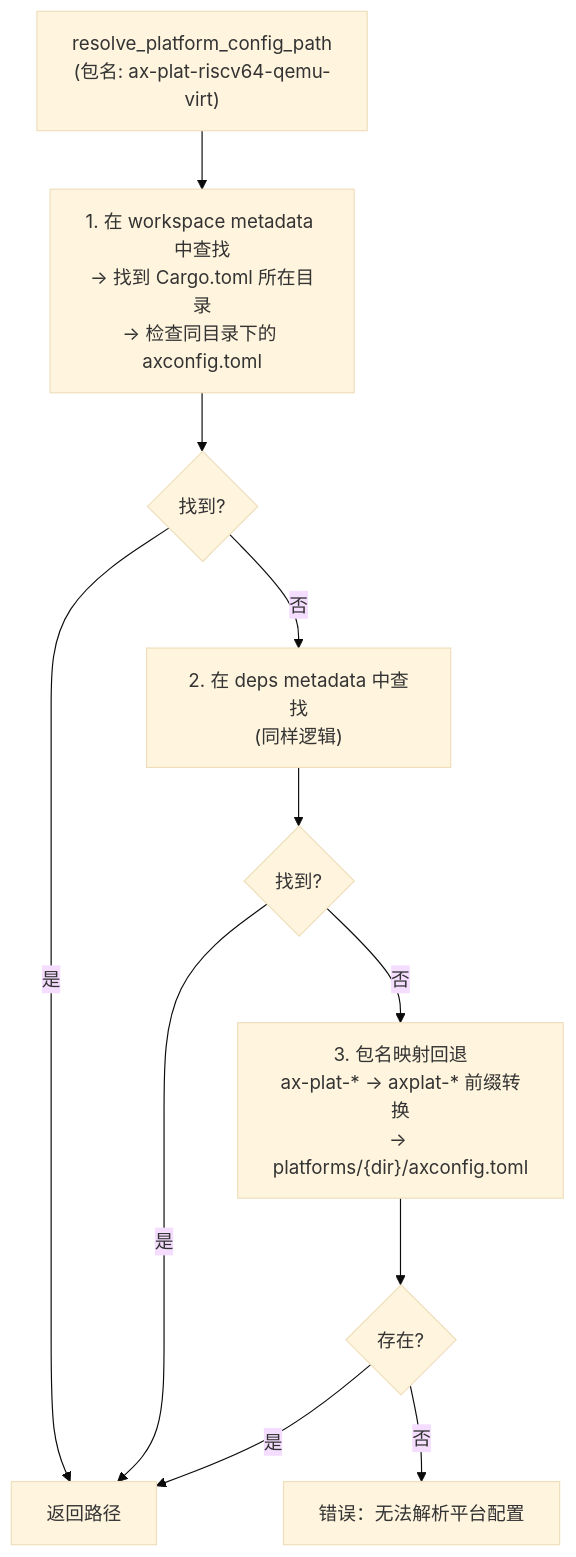
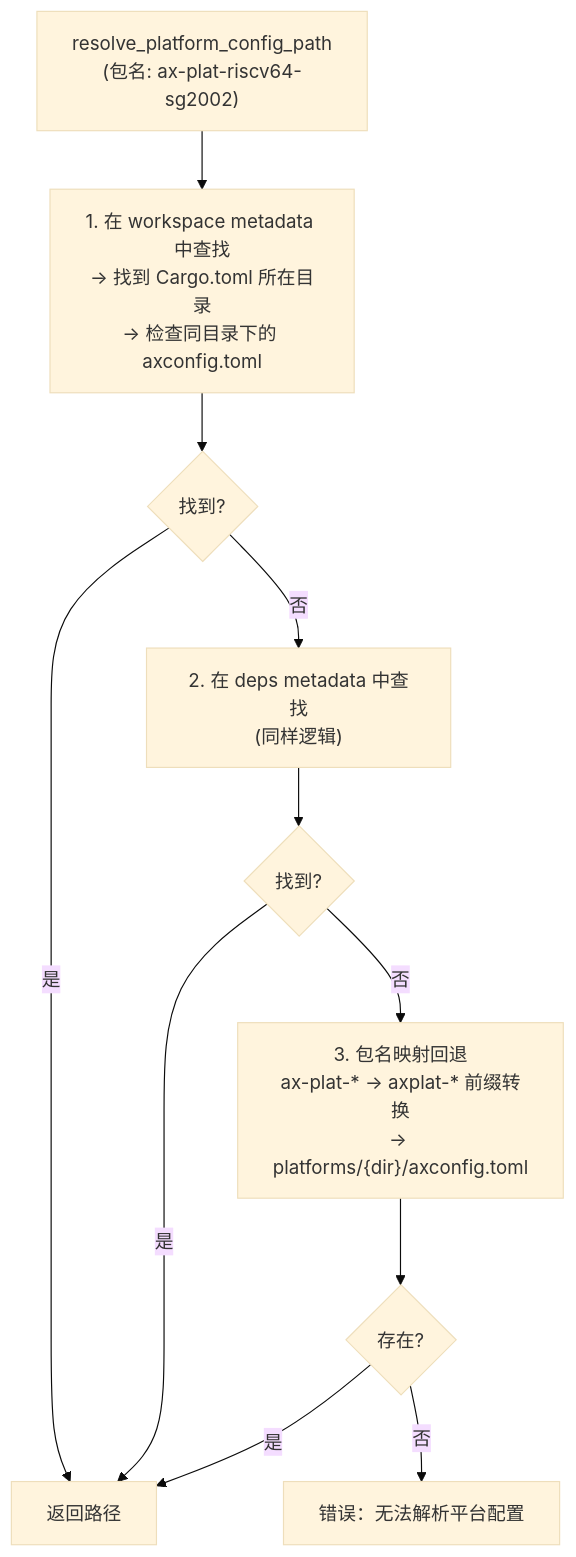
The seventh of 8 diagrams in docs/docs/build/build.md (rcore-os/tgoskits), drawn with Mermaid (base theme) before and after one commit. The commit also changed other lines of this file and 85 other files, not shown here.

Commit message:
chore(platform): remove static riscv64 qemu virt

````diff
--- a/docs/docs/build/build.md
+++ b/docs/docs/build/build.md
@@ -226,13 +225,13 @@
 ```mermaid
 flowchart TD
-    A["resolve_platform_config_path<br/>(包名: ax-plat-riscv64-qemu-virt)"] --> B["1. 在 workspace metadata 中查找<br/>→ 找到 Cargo.toml 所在目录<br/>→ 检查同目录下的 axconfig.toml"]
+    A["resolve_platform_config_path<br/>(包名: ax-plat-riscv64-sg2002)"] --> B["1. 在 workspace metadata 中查找<br/>→ 找到 Cargo.toml 所在目录<br/>→ 检查同目录下的 axconfig.toml"]
     B --> C{找到?}
     C -->|是| D["返回路径"]
     C -->|否| E["2. 在 deps metadata 中查找<br/>(同样逻辑)"]
     E --> F{找到?}
     F -->|是| D
     F -->|否| G["3. 包名映射回退<br/>ax-plat-* → axplat-* 前缀转换<br/>→ platforms/{dir}/axconfig.toml"]
     G --> H{存在?}
     H -->|是| D
     H -->|否| I["错误：无法解析平台配置"]
 ```
````
